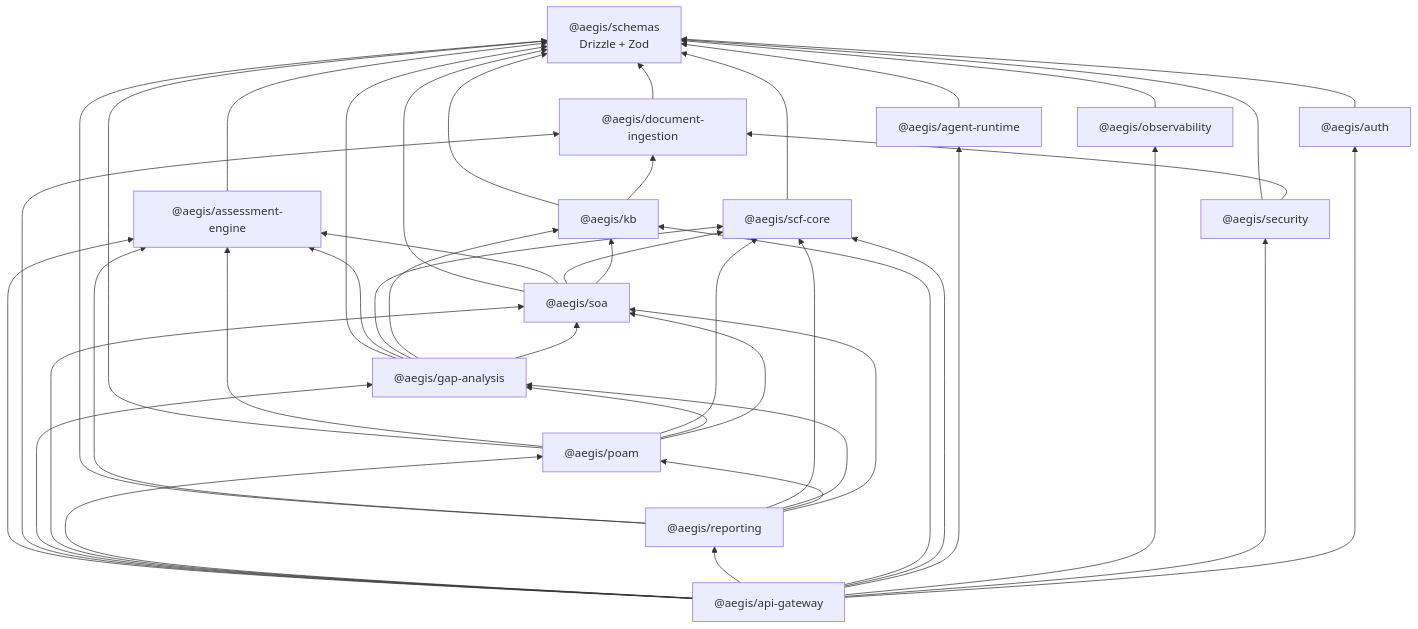
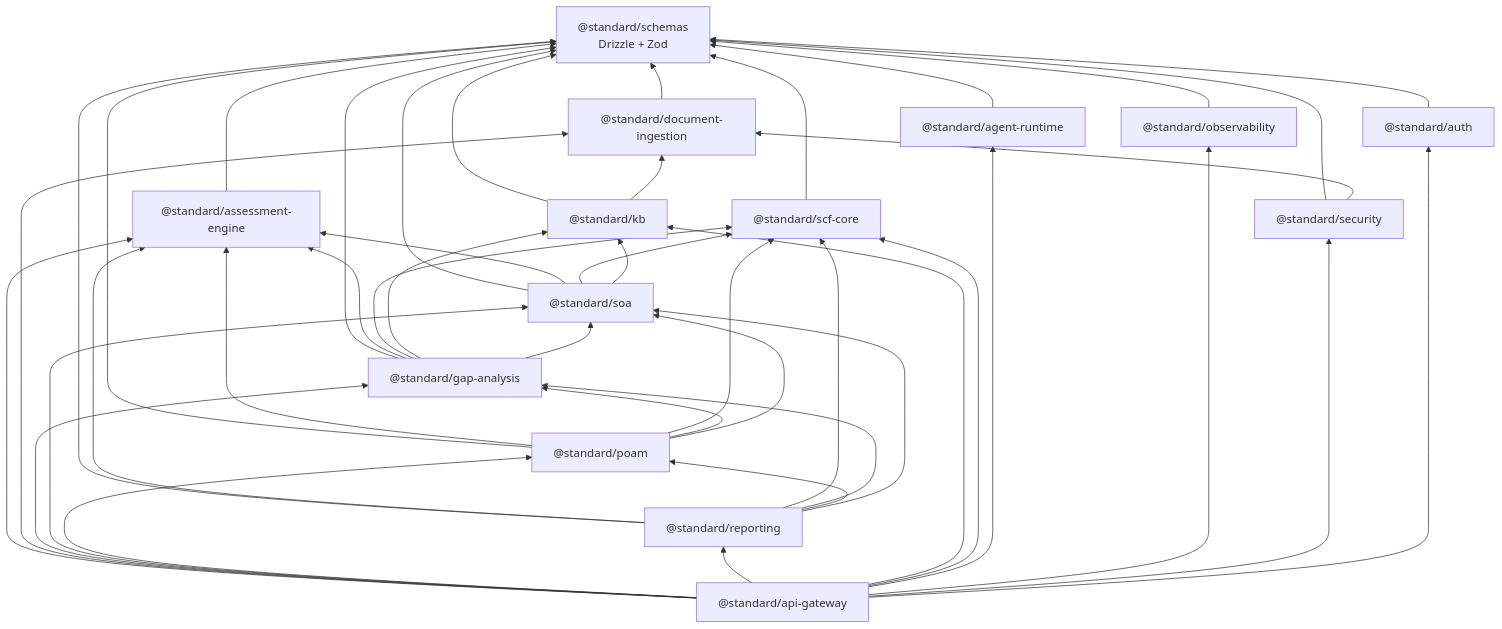
One commit to resper1965/standard-api changed the fourth of 6 diagrams in _reversa_sdd/03-arquitetura-c4.md. Above: the diagram before and after it, drawn with Mermaid. The commit also changed other lines of this file and 361 other files, not shown here.

First line of the commit message:
chore: stabilize working tree — rebrand to Standard, auth refactoring, agent runtime tools, SCF catalog updates, security hardening, new docs and migrations

````diff
--- a/_reversa_sdd/03-arquitetura-c4.md
+++ b/_reversa_sdd/03-arquitetura-c4.md
@@ -141,53 +141,53 @@
 ```mermaid
 graph BT
-    schemas["@aegis/schemas<br/>Drizzle + Zod"]
+    schemas["@standard/schemas<br/>Drizzle + Zod"]
 
-    scf["@aegis/scf-core"] --> schemas
-    auth["@aegis/auth"] --> schemas
-    obs["@aegis/observability"] --> schemas
-    ar["@aegis/agent-runtime"] --> schemas
-    ae["@aegis/assessment-engine"] --> schemas
-    di["@aegis/document-ingestion"] --> schemas
-    sec["@aegis/security"] --> schemas
+    scf["@standard/scf-core"] --> schemas
+    auth["@standard/auth"] --> schemas
+    obs["@standard/observability"] --> schemas
+    ar["@standard/agent-runtime"] --> schemas
+    ae["@standard/assessment-engine"] --> schemas
+    di["@standard/document-ingestion"] --> schemas
+    sec["@standard/security"] --> schemas
     sec --> di
 
-    kb["@aegis/kb"] --> schemas
+    kb["@standard/kb"] --> schemas
     kb --> di
 
-    soa["@aegis/soa"] --> schemas
+    soa["@standard/soa"] --> schemas
     soa --> ae
     soa --> scf
     soa --> kb
 
-    ga["@aegis/gap-analysis"] --> schemas
+    ga["@standard/gap-analysis"] --> schemas
     ga --> ae
     ga --> scf
     ga --> kb
     ga --> soa
 
-    poam["@aegis/poam"] --> schemas
+    poam["@standard/poam"] --> schemas
     poam --> ae
     poam --> scf
     poam --> ga
     poam --> soa
 
-    rep["@aegis/reporting"] --> schemas
+    rep["@standard/reporting"] --> schemas
     rep --> ae
     rep --> scf
     rep --> ga
     rep --> poam
     rep --> soa
 
-    gw["@aegis/api-gateway"] --> ae
+    gw["@standard/api-gateway"] --> ae
     gw --> di
     gw --> ga
     gw --> soa
     gw --> poam
     gw --> rep
     gw --> kb
     gw --> scf
     gw --> ar
     gw --> obs
     gw --> sec
     gw --> auth
 ```
````
